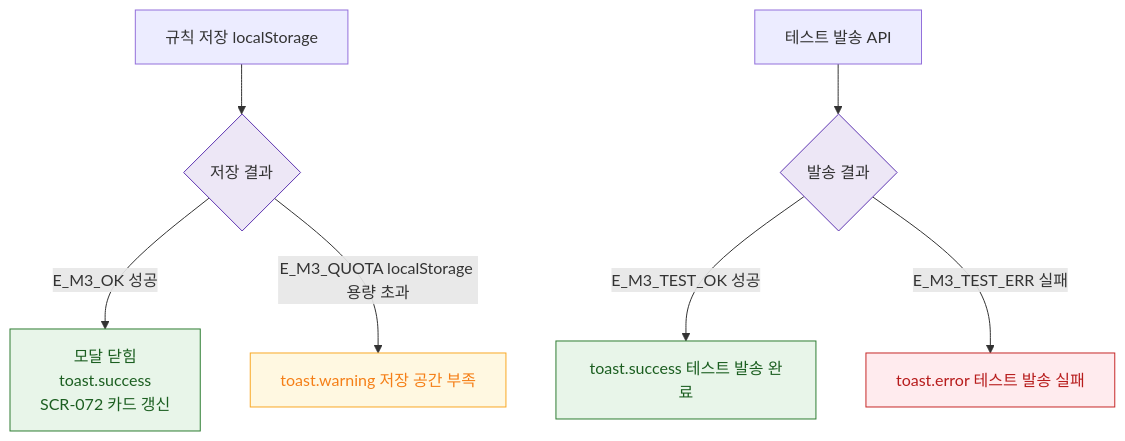
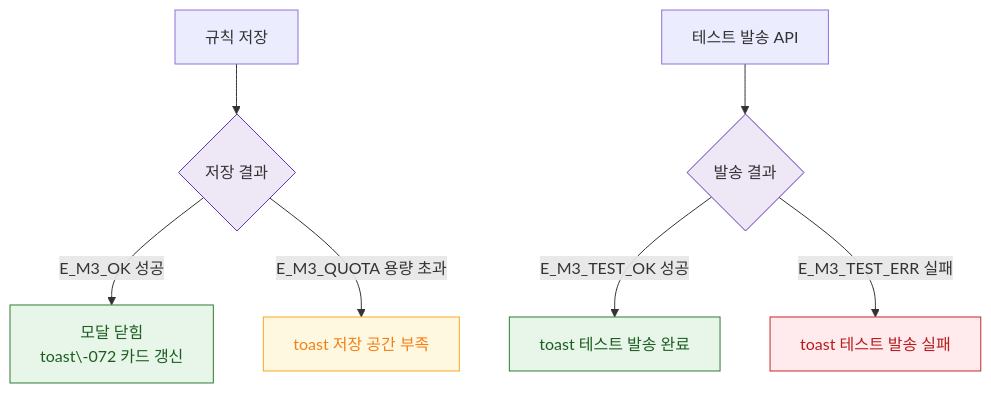
Before and after one commit to dev-spogym/admin-pando: the diagram in docs/다이어그램/D08_마케팅/DLG/DLG-072-001_알림규칙편집/M3_결과분기.md, drawn with Mermaid. The commit also changed other lines of this file and 1660 other files, not shown here.

First line of the commit message:
다이어그램: 기획자/클라이언트 납품본으로 정리

````diff
--- a/docs/다이어그램/D08_마케팅/DLG/DLG-072-001_알림규칙편집/M3_결과분기.md
+++ b/docs/다이어그램/D08_마케팅/DLG/DLG-072-001_알림규칙편집/M3_결과분기.md
@@ -14,20 +12,20 @@
 ```mermaid
 flowchart TD
-  SAVE_API[규칙 저장 localStorage] --> RESULT{저장 결과}
-  RESULT -->|E_M3_OK 성공| OK[모달 닫힘\ntoast.success\nSCR-072 카드 갱신]
-  RESULT -->|E_M3_QUOTA localStorage 용량 초과| ERR_Q[toast.warning 저장 공간 부족]
+  SAVE_API[규칙 저장] --> RESULT{저장 결과}
+  RESULT -->|E_M3_OK 성공|OK[모달 닫힘\ntoast\-072 카드 갱신]
+  RESULT -->|E_M3_QUOTA 용량 초과|ERR_Q[toast 저장 공간 부족]
 
   TEST_API[테스트 발송 API] --> TRESULT{발송 결과}
-  TRESULT -->|E_M3_TEST_OK 성공| T_OK[toast.success 테스트 발송 완료]
-  TRESULT -->|E_M3_TEST_ERR 실패| T_ERR[toast.error 테스트 발송 실패]
+  TRESULT -->|E_M3_TEST_OK 성공|T_OK[toast 테스트 발송 완료]
+  TRESULT -->|E_M3_TEST_ERR 실패|T_ERR[toast 테스트 발송 실패]
 
-  classDef success     fill:#E8F5E9,stroke:#2E7D32,color:#1B5E20
-  classDef error       fill:#FFEBEE,stroke:#C62828,color:#B71C1C
-  classDef warning     fill:#FFF8E1,stroke:#F9A825,color:#F57F17
-  classDef system      fill:#EDE7F6,stroke:#5E35B2
+  classDef success fill:#E8F5E9,stroke:#2E7D32,color:#1B5E20
+  classDef error fill:#FFEBEE,stroke:#C62828,color:#B71C1C
+  classDef warning fill:#FFF8E1,stroke:#F9A825,color:#F57F17
+  classDef system fill:#EDE7F6,stroke:#5E35B2
 
   class OK,T_OK success
   class T_ERR error
   class ERR_Q warning
   class RESULT,TRESULT system
 ```
````
